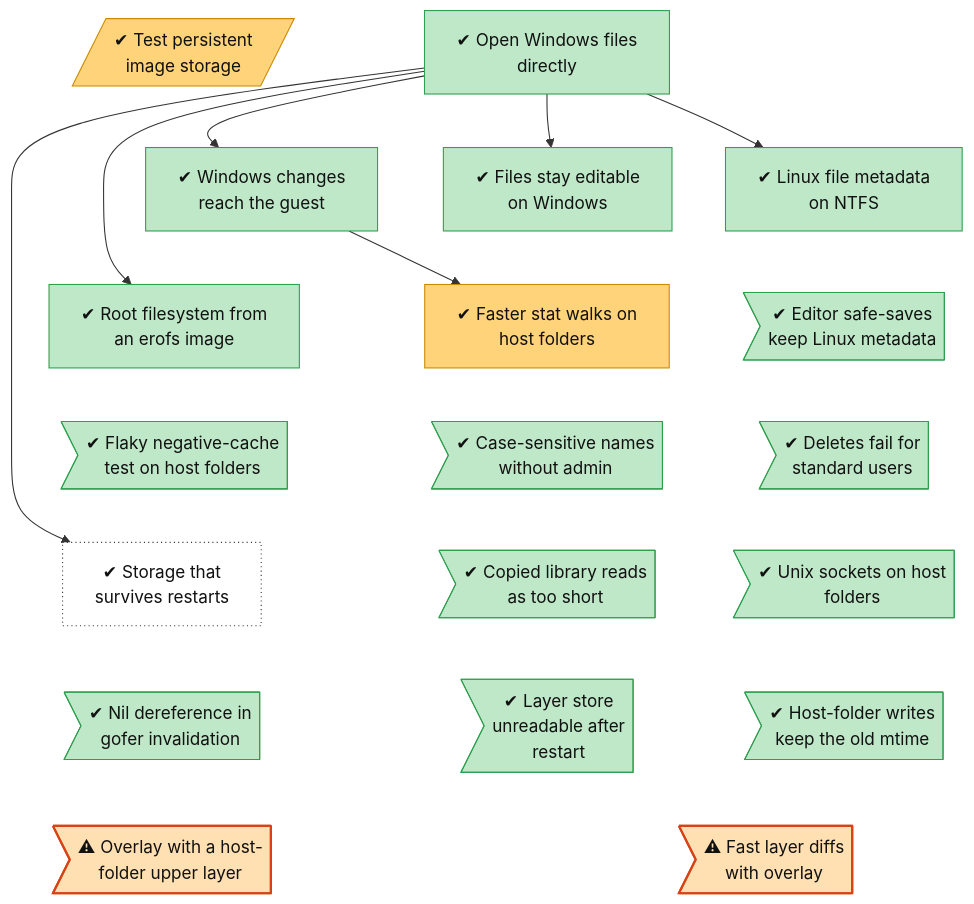
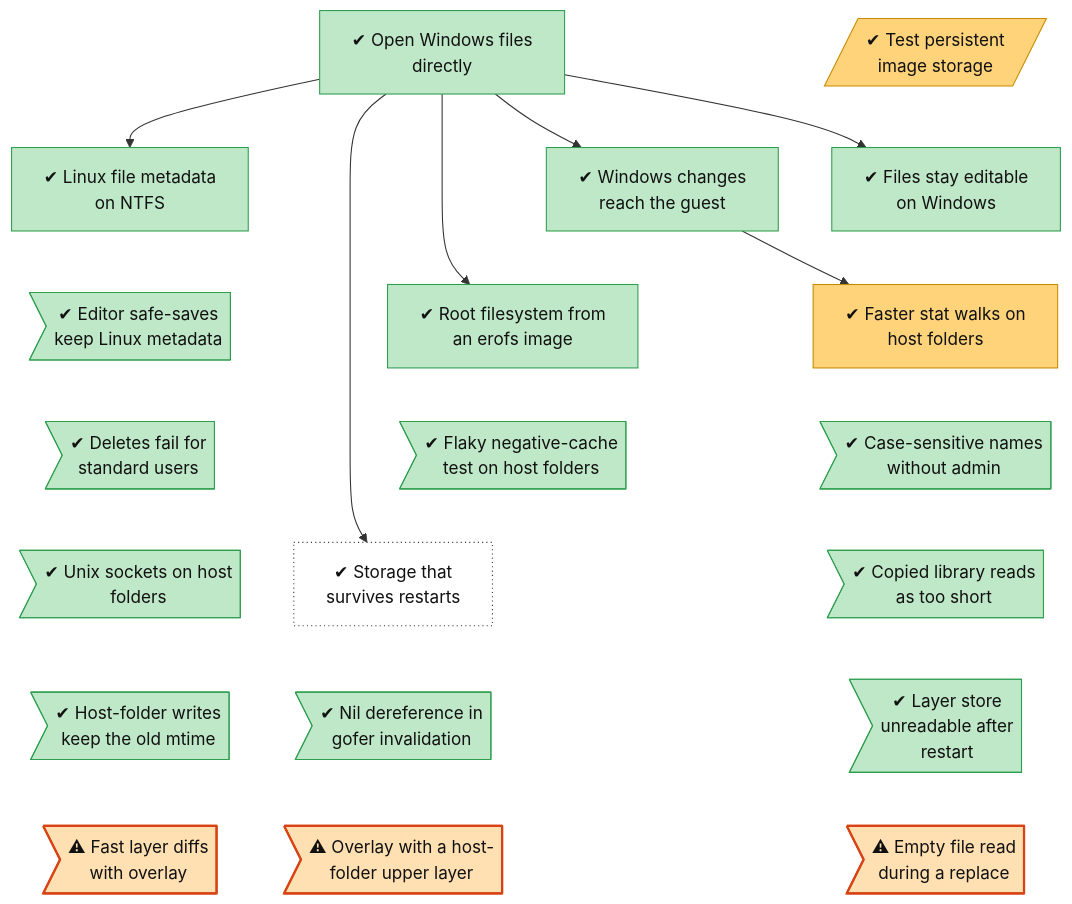
Before and after one commit to lhns/gvisor-windows: the diagram in docs/roadmap/tracks/fs.md, drawn with Mermaid. The commit also changed other lines of this file and 5 other files, not shown here.

````diff
--- a/docs/roadmap/tracks/fs.md
+++ b/docs/roadmap/tracks/fs.md
@@ -10,64 +10,65 @@
 ```mermaid
 flowchart TB
     fs_persistent_image_storage[/"✔ Test persistent<br/>image storage"/]
     fs_windows_directfs["✔ Open Windows files<br/>directly"]
     fs_change_notifications["✔ Windows changes<br/>reach the guest"]
     fs_linux_metadata_on_ntfs["✔ Linux file metadata<br/>on NTFS"]
     fs_handles_do_not_block_users["✔ Files stay editable<br/>on Windows"]
     fs_root_filesystem_source["✔ Root filesystem from<br/>an erofs image"]
     fs_safe_save_keeps_metadata>"✔ Editor safe-saves<br/>keep Linux metadata"]
     fs_attribute_cache["✔ Faster stat walks on<br/>host folders"]
     fs_flaky_negative_cache_test>"✔ Flaky negative-cache<br/>test on host folders"]
     fs_standard_user_delete_rights>"✔ Deletes fail for<br/>standard users"]
     fs_case_sensitivity_without_admin>"✔ Case-sensitive names<br/>without admin"]
     fs_persistent_storage_impl["✔ Storage that<br/>survives restarts"]
     fs_unix_sockets_on_host_folders>"✔ Unix sockets on host<br/>folders"]
     fs_copied_file_too_short>"✔ Copied library reads<br/>as too short"]
     fs_disown_children_nil_deref>"✔ Nil dereference in<br/>gofer invalidation"]
     fs_host_folder_mtime_resolution>"✔ Host-folder writes<br/>keep the old mtime"]
     fs_layer_store_corrupt_after_restart>"✔ Layer store<br/>unreadable after<br/>restart"]
     fs_overlay_upper_on_host_folder>"⚠ Overlay with a host-<br/>folder upper layer"]
     fs_overlay_native_diff>"⚠ Fast layer diffs<br/>with overlay"]
+    fs_layers_empty_on_slow_host>"⚠ Empty file read<br/>during a replace"]
     fs_persistent_image_storage ~~~ fs_change_notifications
     fs_windows_directfs ~~~ fs_linux_metadata_on_ntfs
     fs_windows_directfs ~~~ fs_handles_do_not_block_users
     fs_change_notifications ~~~ fs_root_filesystem_source
     fs_linux_metadata_on_ntfs ~~~ fs_safe_save_keeps_metadata
     fs_handles_do_not_block_users ~~~ fs_attribute_cache
     fs_root_filesystem_source ~~~ fs_flaky_negative_cache_test
     fs_safe_save_keeps_metadata ~~~ fs_standard_user_delete_rights
     fs_attribute_cache ~~~ fs_case_sensitivity_without_admin
     fs_flaky_negative_cache_test ~~~ fs_persistent_storage_impl
     fs_standard_user_delete_rights ~~~ fs_unix_sockets_on_host_folders
     fs_case_sensitivity_without_admin ~~~ fs_copied_file_too_short
     fs_persistent_storage_impl ~~~ fs_disown_children_nil_deref
     fs_unix_sockets_on_host_folders ~~~ fs_host_folder_mtime_resolution
     fs_copied_file_too_short ~~~ fs_layer_store_corrupt_after_restart
     fs_disown_children_nil_deref ~~~ fs_overlay_upper_on_host_folder
     fs_host_folder_mtime_resolution ~~~ fs_overlay_native_diff
-    fs_layer_store_corrupt_after_restart ~~~ fs_overlay_native_diff
+    fs_layer_store_corrupt_after_restart ~~~ fs_layers_empty_on_slow_host
     fs_windows_directfs --> fs_change_notifications
     fs_windows_directfs --> fs_linux_metadata_on_ntfs
     fs_windows_directfs --> fs_handles_do_not_block_users
     fs_windows_directfs --> fs_root_filesystem_source
     fs_change_notifications --> fs_attribute_cache
     fs_windows_directfs --> fs_persistent_storage_impl
     classDef vsucc fill:#2e9e4f,stroke:#1b6b34,color:#fff
     classDef succ fill:#bfe8c8,stroke:#2e9e4f,color:#111
     classDef mixed fill:#ffd37a,stroke:#c98a00,color:#111
     classDef bad fill:#f28b82,stroke:#b3261e,color:#111
     classDef dead fill:#e6e6e6,stroke:#777,stroke-dasharray:5 5,color:#555
     classDef inprog fill:#a8cdf5,stroke:#1f6fc5,color:#111
     classDef next fill:#fff,stroke:#333,color:#111
     classDef blocked fill:#fff,stroke:#b3261e,stroke-dasharray:2 2,color:#111
     classDef parked fill:#f3f3f3,stroke:#999,color:#555
     classDef unrated fill:#fff,stroke:#333,stroke-dasharray:1 3,color:#111
     classDef gate fill:#d9c2f0,stroke:#7b3fb5,color:#111
     classDef decided fill:#ece0f7,stroke:#7b3fb5,stroke-dasharray:2 2,color:#111
     classDef finding fill:#ffe0b2,stroke:#d84315,stroke-width:2px,color:#111
     classDef waiting fill:#e3f2fd,stroke:#1f6fc5,stroke-dasharray:5 5,color:#111
     class fs_persistent_image_storage,fs_attribute_cache mixed
     class fs_windows_directfs,fs_change_notifications,fs_linux_metadata_on_ntfs,fs_handles_do_not_block_users,fs_root_filesystem_source,fs_safe_save_keeps_metadata,fs_flaky_negative_cache_test,fs_standard_user_delete_rights,fs_case_sensitivity_without_admin,fs_unix_sockets_on_host_folders,fs_copied_file_too_short,fs_disown_children_nil_deref,fs_host_folder_mtime_resolution,fs_layer_store_corrupt_after_restart succ
     class fs_persistent_storage_impl unrated
-    class fs_overlay_upper_on_host_folder,fs_overlay_native_diff finding
+    class fs_overlay_upper_on_host_folder,fs_overlay_native_diff,fs_layers_empty_on_slow_host finding
 ```
````
